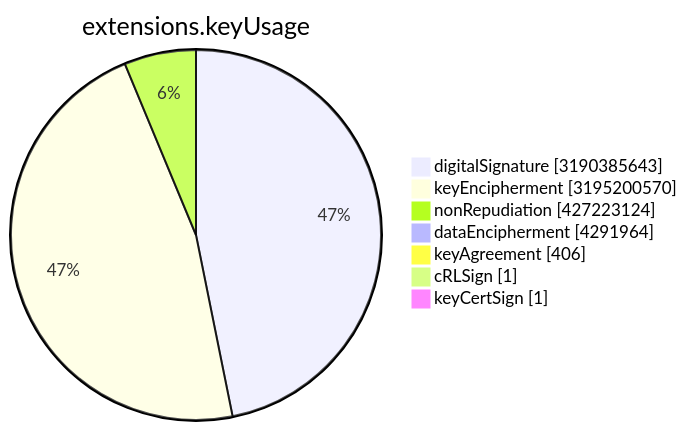
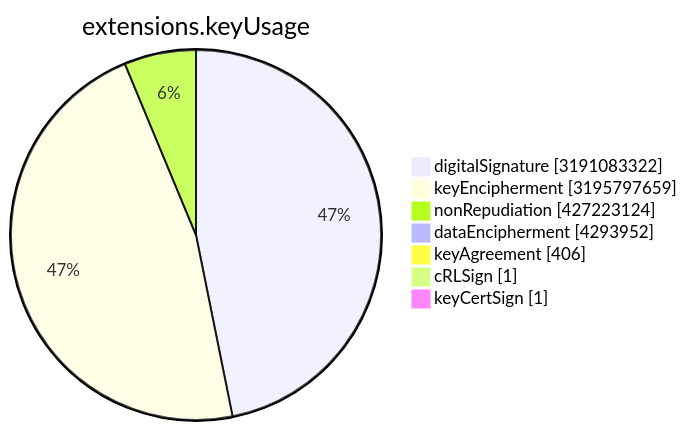
Before and after one commit to christiankrug/ctmonitor_visualization: the sixth of 15 diagrams in TOTAL/README.md, drawn with Mermaid. The commit also changed other lines of this file, not shown here.

````diff
--- a/TOTAL/README.md
+++ b/TOTAL/README.md
@@ -3077,11 +3077,11 @@
 ```mermaid
 pie showData
 title extensions.keyUsage
-"digitalSignature" :3190385643
-"keyEncipherment" :3195200570
+"digitalSignature" :3191083322
+"keyEncipherment" :3195797659
 "nonRepudiation" :427223124
-"dataEncipherment" :4291964
+"dataEncipherment" :4293952
 "keyAgreement" :406
 "cRLSign" :1
 "keyCertSign" :1
 ```
````
